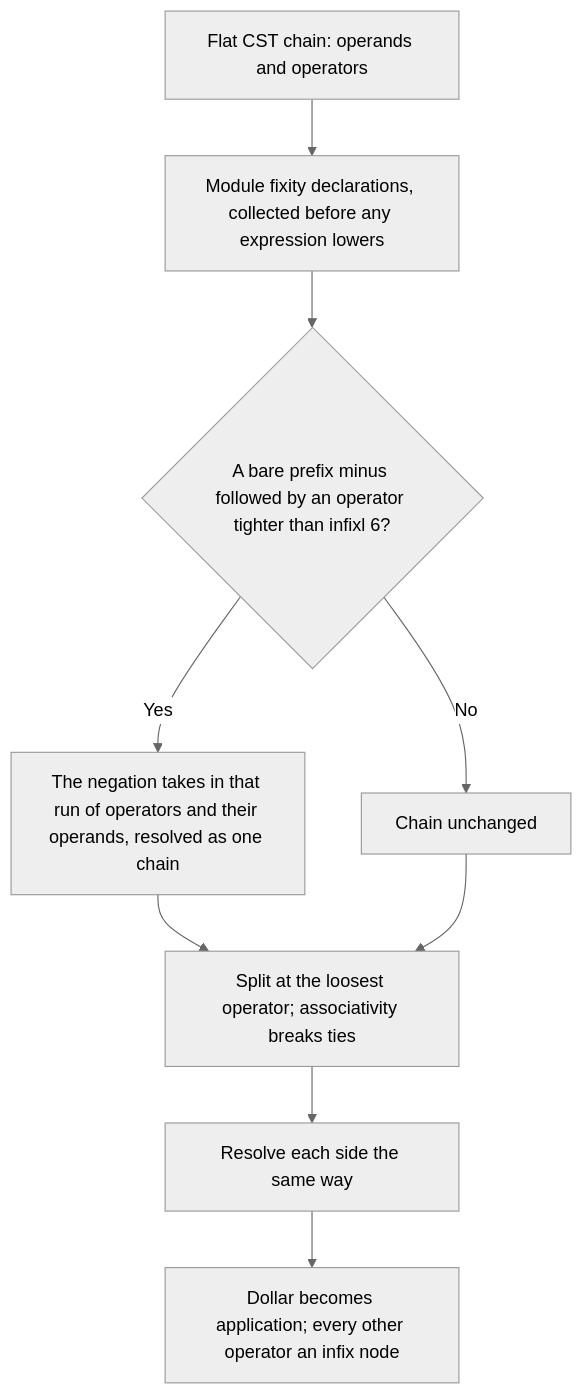
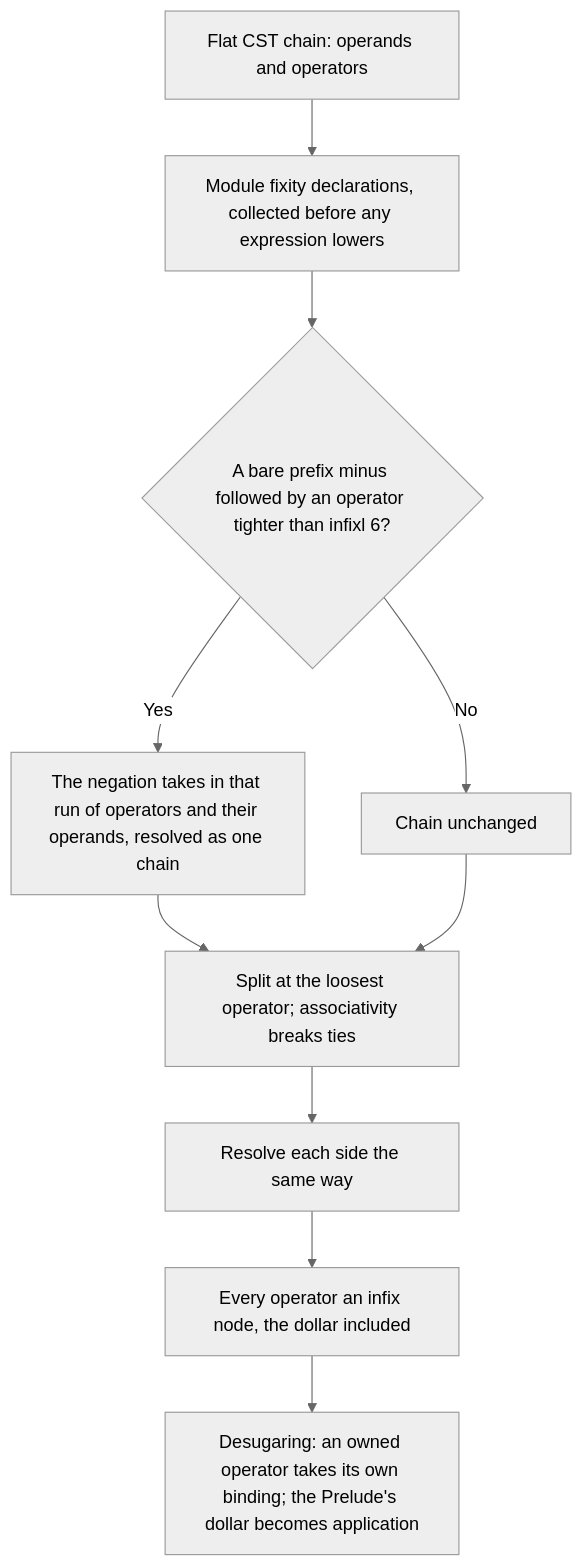
Before and after one commit to loveJesus/haskelujah-chirho: the diagram in spec-chirho/workflows-chirho/compiler-pipeline-chirho/operator-fixity-chirho.md, drawn with Mermaid (neutral theme). The commit also changed other lines of this file and 8 other files, not shown here.

First line of the commit message:
fix(parser): an infix `$` stays an operator through lowering (row 619)

````diff
--- a/spec-chirho/workflows-chirho/compiler-pipeline-chirho/operator-fixity-chirho.md
+++ b/spec-chirho/workflows-chirho/compiler-pipeline-chirho/operator-fixity-chirho.md
@@ -11,11 +11,12 @@
 ```mermaid
 flowchart TD
     chain_chirho[Flat CST chain: operands and operators] --> fixities_chirho[Module fixity declarations, collected before any expression lowers]
     fixities_chirho --> negation_chirho{A bare prefix minus followed by an operator tighter than infixl 6?}
     negation_chirho -->|Yes| absorb_chirho[The negation takes in that run of operators and their operands, resolved as one chain]
     negation_chirho -->|No| unchanged_chirho[Chain unchanged]
     absorb_chirho --> split_chirho[Split at the loosest operator; associativity breaks ties]
     unchanged_chirho --> split_chirho
     split_chirho --> recurse_chirho[Resolve each side the same way]
-    recurse_chirho --> tree_chirho[Dollar becomes application; every other operator an infix node]
+    recurse_chirho --> tree_chirho[Every operator an infix node, the dollar included]
+    tree_chirho --> desugar_chirho[Desugaring: an owned operator takes its own binding; the Prelude's dollar becomes application]
 ```
````
